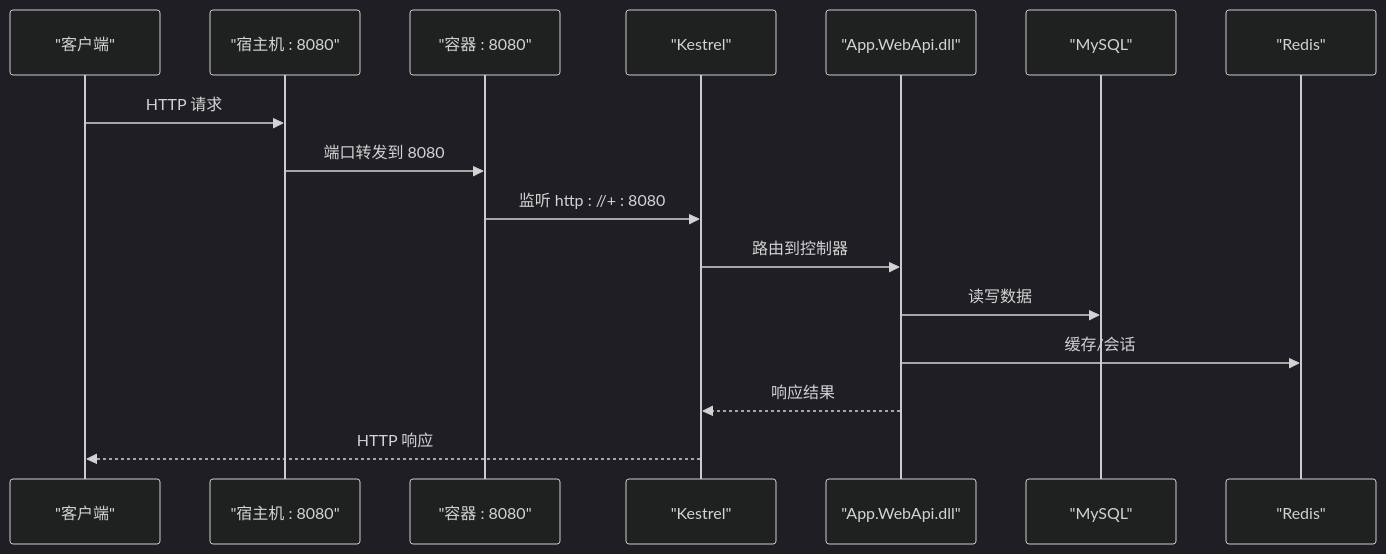
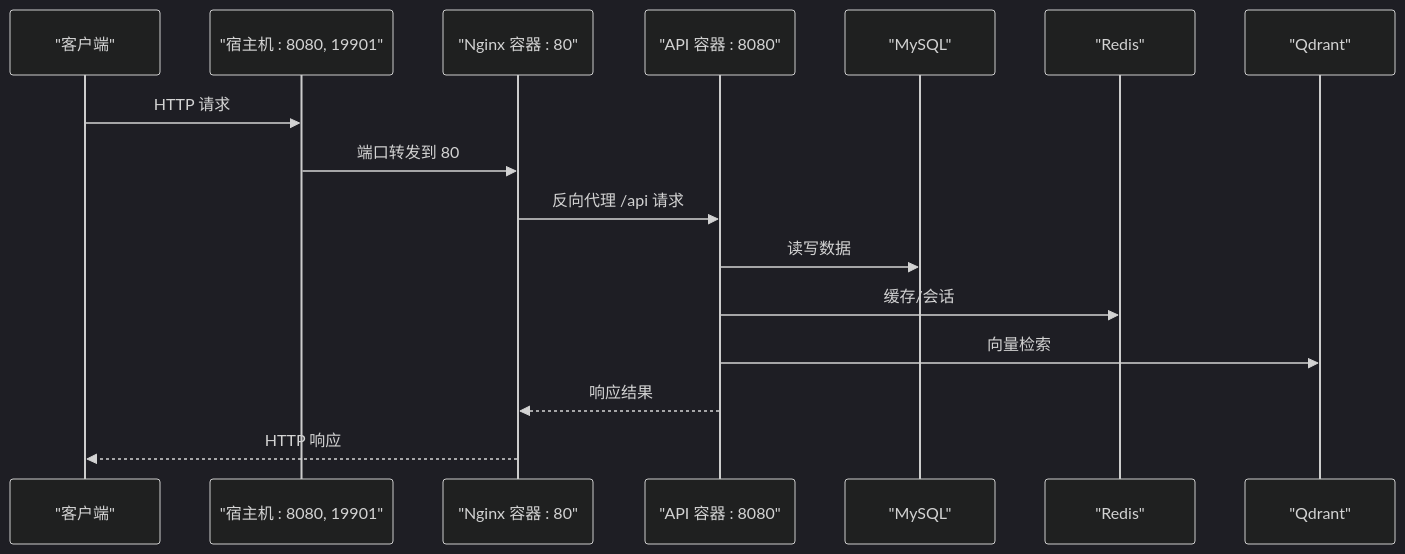
One commit to junkai-li/NetCoreKevin changed the second of 5 diagrams in .qoder/repowiki/zh/content/部署运维/Docker容器化部署.md. Above: the diagram before and after it, drawn with Mermaid (dark theme). The commit also changed other lines of this file and 54 other files, not shown here.

````diff
--- a/.qoder/repowiki/zh/content/部署运维/Docker容器化部署.md
+++ b/.qoder/repowiki/zh/content/部署运维/Docker容器化部署.md
@@ -76,18 +96,18 @@
 ```mermaid
 sequenceDiagram
 participant Client as "客户端"
-participant Host as "宿主机 : 8080"
-participant Container as "容器 : 8080"
-participant Kestrel as "Kestrel"
-participant App as "App.WebApi.dll"
+participant Host as "宿主机 : 8080, 19901"
+participant Web as "Nginx 容器 : 80"
+participant API as "API 容器 : 8080"
 participant DB as "MySQL"
 participant Cache as "Redis"
+participant Vector as "Qdrant"
 Client->>Host : HTTP 请求
-Host->>Container : 端口转发到 8080
-Container->>Kestrel : 监听 http : //+ : 8080
-Kestrel->>App : 路由到控制器
-App->>DB : 读写数据
-App->>Cache : 缓存/会话
-App-->>Kestrel : 响应结果
-Kestrel-->>Client : HTTP 响应
+Host->>Web : 端口转发到 80
+Web->>API : 反向代理 /api 请求
+API->>DB : 读写数据
+API->>Cache : 缓存/会话
+API->>Vector : 向量检索
+API-->>Web : 响应结果
+Web-->>Client : HTTP 响应
 ```
````
